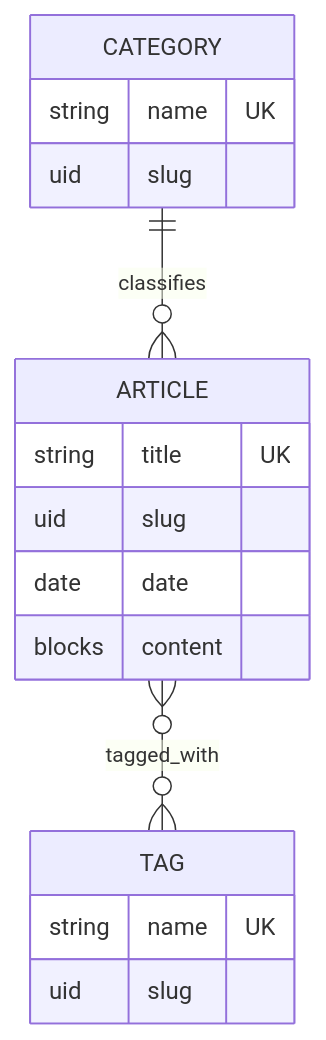
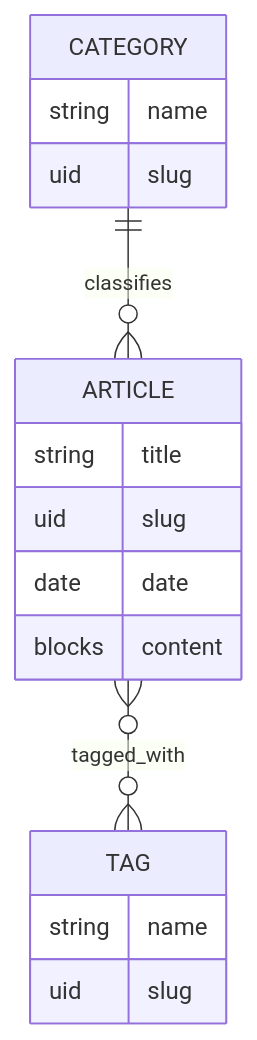
The diagram in README.md (PutuRivan/training-strapi), drawn with Mermaid before and after one commit. The commit also changed other lines of this file, not shown here.

````diff
--- a/README.md
+++ b/README.md
@@ -75,20 +244,22 @@
 ```mermaid
 erDiagram
-  CATEGORY ||--o{ ARTICLE : classifies
-  ARTICLE }o--o{ TAG : tagged_with
+    CATEGORY ||--o{ ARTICLE : classifies
+    ARTICLE }o--o{ TAG : tagged_with
 
-  CATEGORY {
-    string name UK
-    uid slug
-  }
-  ARTICLE {
-    string title UK
-    uid slug
-    date date
-    blocks content
-  }
-  TAG {
-    string name UK
-    uid slug
-  }
+    CATEGORY {
+        string name
+        uid slug
+    }
+
+    ARTICLE {
+        string title
+        uid slug
+        date date
+        blocks content
+    }
+
+    TAG {
+        string name
+        uid slug
+    }
 ```
````
